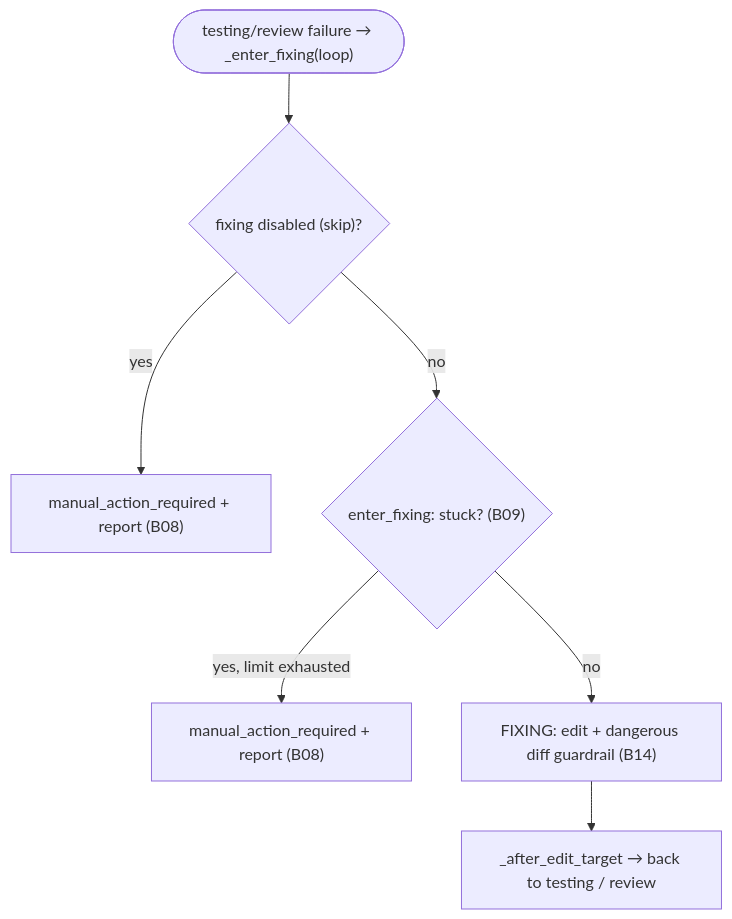
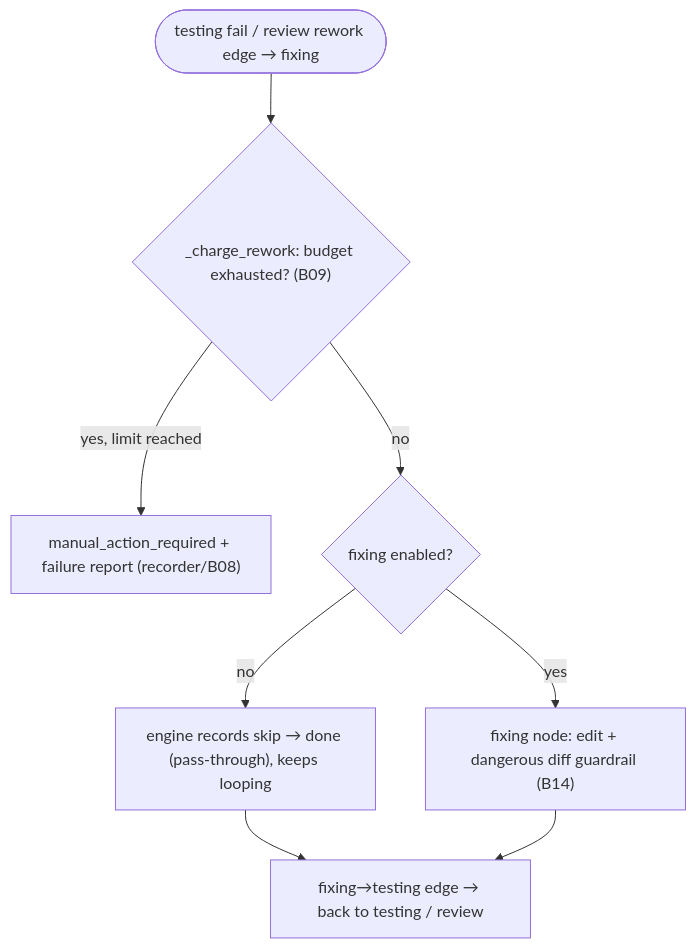
The diagram in docs/functional/flows/coding/S06-fixing.md (VladimirMakarevich/wastech-orchestrator), drawn with Mermaid before and after one commit. The commit also changed other lines of this file and 31 other files, not shown here.

````diff
--- a/docs/functional/flows/coding/S06-fixing.md
+++ b/docs/functional/flows/coding/S06-fixing.md
@@ -38,9 +36,10 @@
 ```mermaid
 flowchart TB
-    start(["testing/review failure → _enter_fixing(loop)"]) --> skip{"fixing disabled (skip)?"}
-    skip -->|yes| man1["manual_action_required + report (B08)"]
-    skip -->|no| dec{"enter_fixing: stuck? (B09)"}
-    dec -->|"yes, limit exhausted"| man2["manual_action_required + report (B08)"]
-    dec -->|no| fix["FIXING: edit + dangerous diff guardrail (B14)"]
-    fix --> back["_after_edit_target → back to testing / review"]
+    start(["testing fail / review rework edge → fixing"]) --> charge{"_charge_rework: budget exhausted? (B09)"}
+    charge -->|"yes, limit reached"| man["manual_action_required + failure report (recorder/B08)"]
+    charge -->|no| skip{"fixing enabled?"}
+    skip -->|no| passthrough["engine records skip → done (pass-through), keeps looping"]
+    skip -->|yes| fix["fixing node: edit + dangerous diff guardrail (B14)"]
+    passthrough --> back["fixing→testing edge → back to testing / review"]
+    fix --> back
 ```
````
